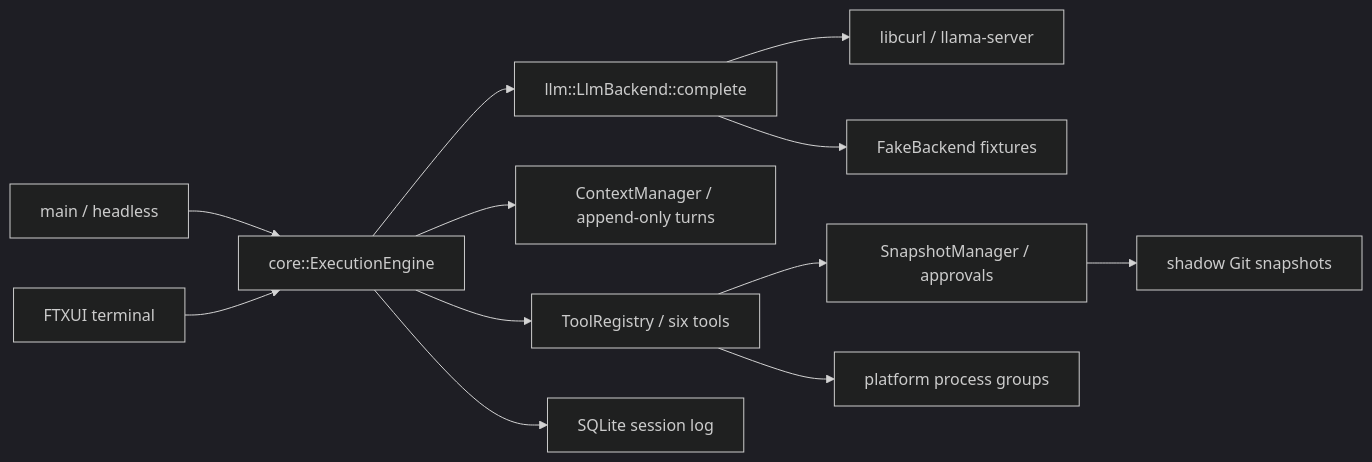
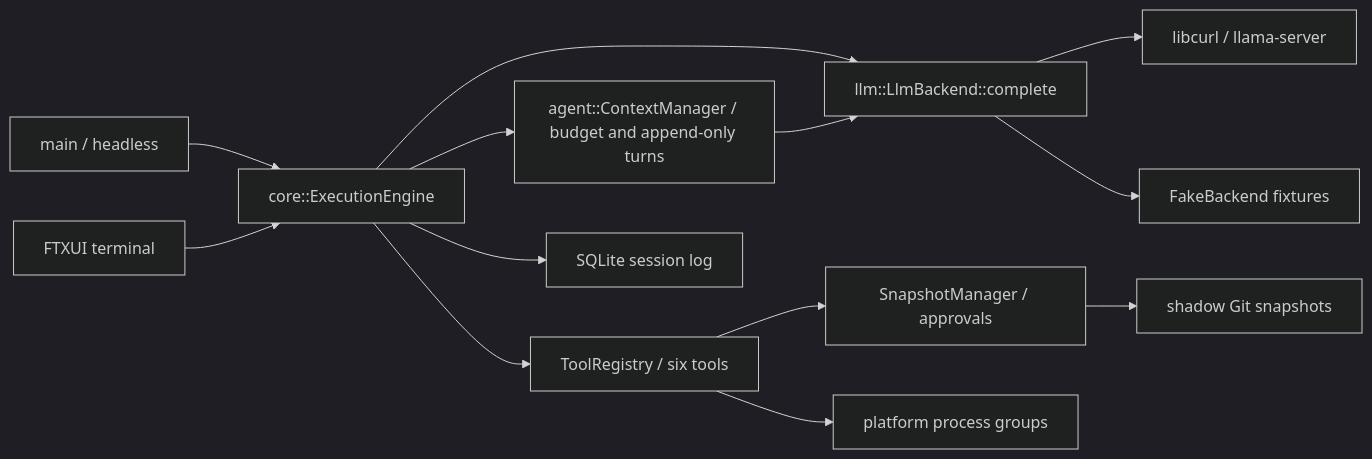
One commit to Torcken/Platypus changed the diagram in docs/ARCHITECTURE.md. Above: the diagram before and after it, drawn with Mermaid (dark theme). The commit also changed other lines of this file and 24 other files, not shown here.

Commit message:
feat(agent): budget rendered prompts and display counted context usage

````diff
--- a/docs/ARCHITECTURE.md
+++ b/docs/ARCHITECTURE.md
@@ -6,14 +6,15 @@
 ```mermaid
 flowchart LR
     CLI[main / headless] --> E[core::ExecutionEngine]
     UI[FTXUI terminal] --> E
     E --> B[llm::LlmBackend::complete]
     B --> HTTP[libcurl / llama-server]
     B --> Fake[FakeBackend fixtures]
-    E --> C[ContextManager / append-only turns]
+    E --> C[agent::ContextManager / budget and append-only turns]
+    C --> B
     E --> T[ToolRegistry / six tools]
     E --> S[SQLite session log]
     T --> A[SnapshotManager / approvals]
     A --> G[shadow Git snapshots]
     T --> P[platform process groups]
 ```
````
